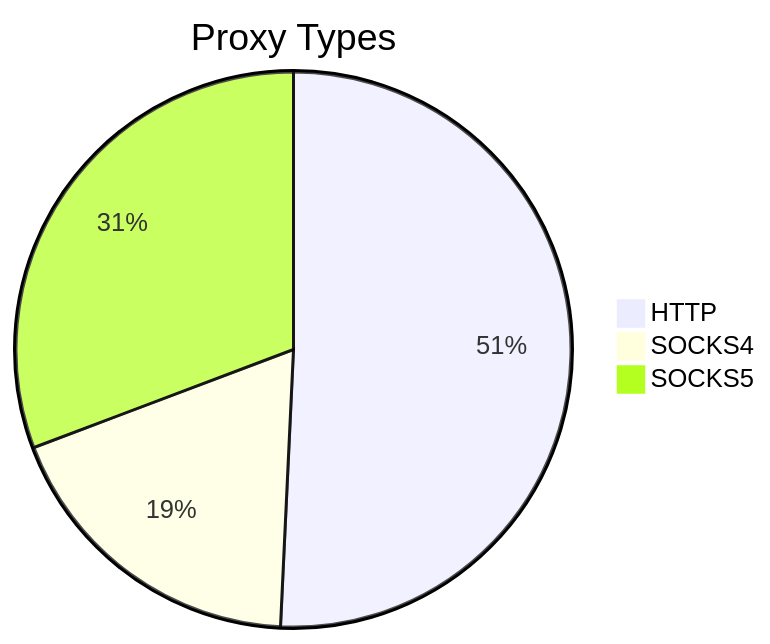
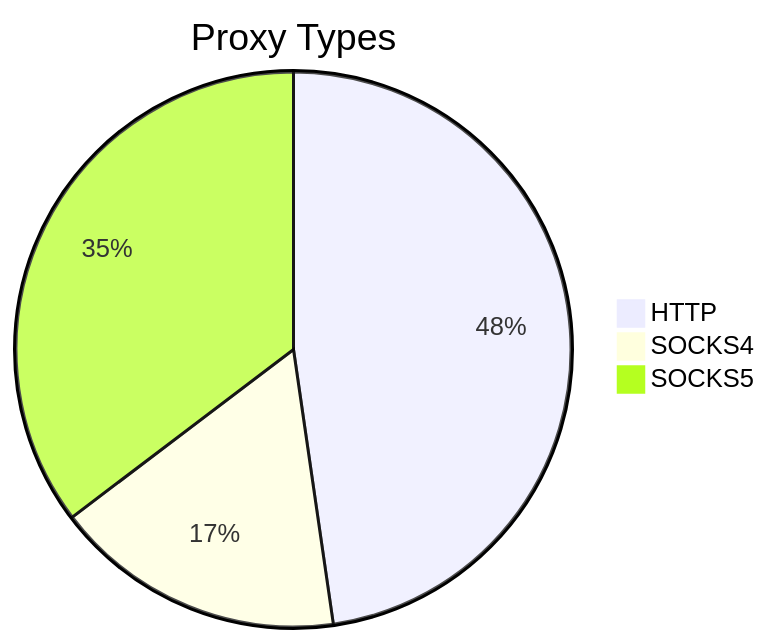
Before and after one commit to stormsia/proxy-list: the first of 2 diagrams in README.md, drawn with Mermaid. The commit also changed other lines of this file, not shown here.

````diff
--- a/README.md
+++ b/README.md
@@ -21,6 +21,6 @@
 ```mermaid
 pie title Proxy Types
-    "HTTP" : 170
-    "SOCKS4" : 62
-    "SOCKS5" : 103
+    "HTTP" : 208
+    "SOCKS4" : 74
+    "SOCKS5" : 154
 ```
````
